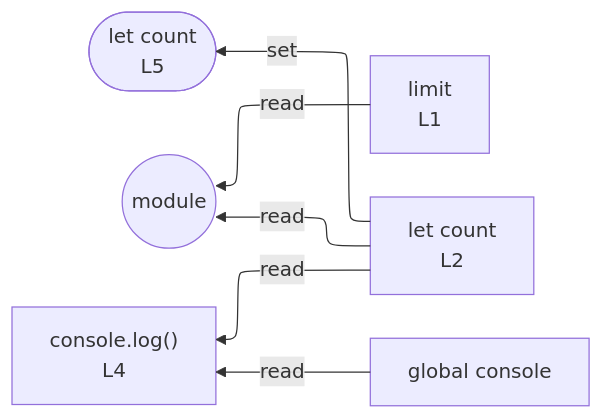
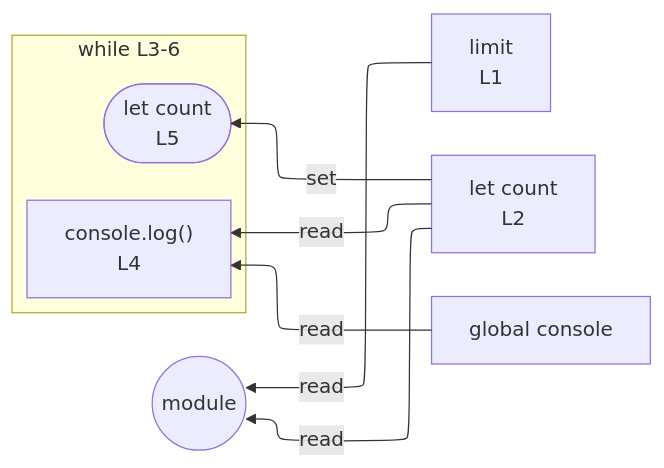
Before and after one commit to crescware/unsnarl: the diagram in integration/fixtures/while-condition-misclassification/preview.md, drawn with Mermaid. The commit also changed 16 other files, not shown here.

````diff
--- a/integration/fixtures/while-condition-misclassification/preview.md
+++ b/integration/fixtures/while-condition-misclassification/preview.md
@@ -16,15 +16,18 @@
 ```mermaid
 %%{init: {"flowchart": {"defaultRenderer": "elk"}}}%%
 flowchart RL
   n_scope_0_limit_6["limit<br/>L1"]
   n_scope_0_count_22["let count<br/>L2"]
   n_scope_0_console_59["global console"]
-  wr_ref_4(["let count<br/>L5"])
+  subgraph s_scope_1["while L3-6"]
+    direction RL
+    wr_ref_4(["let count<br/>L5"])
+    expr_stmt_59["console.log()<br/>L4"]
+  end
   n_scope_0_count_22 -->|set| wr_ref_4
   n_scope_0_count_22 -->|read| module_root
   n_scope_0_limit_6 -->|read| module_root
   n_scope_0_console_59 -->|read| expr_stmt_59
   n_scope_0_count_22 -->|read| expr_stmt_59
-  expr_stmt_59["console.log()<br/>L4"]
   module_root((module))
 ```
````
